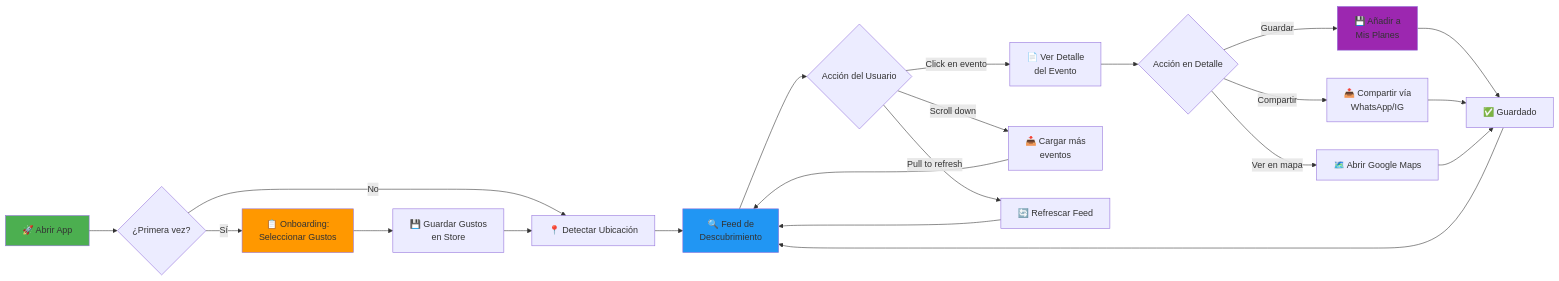
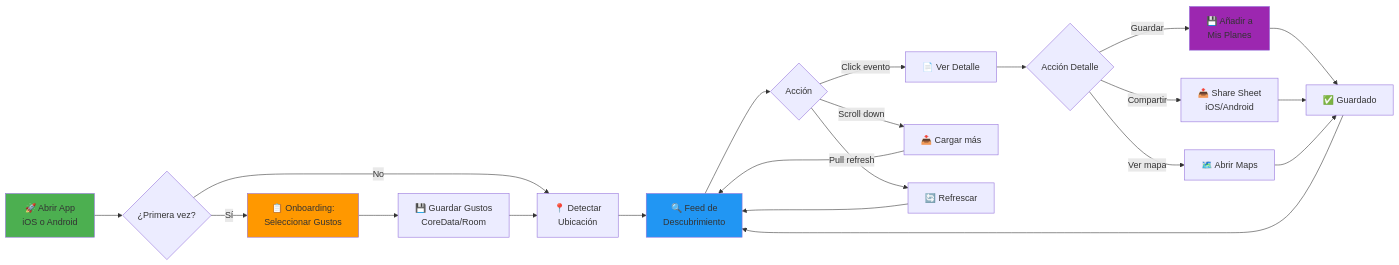
Before and after one commit to juansuarez-pragma/amigusto_doc: the third of 12 diagrams in DIAGRAMAS.md, drawn with Mermaid. The commit also changed other lines of this file and 2 other files, not shown here.

````diff
--- a/DIAGRAMAS.md
+++ b/DIAGRAMAS.md
@@ -110,37 +119,37 @@
 ```mermaid
 graph LR
-    A[🚀 Abrir App] --> B{¿Primera vez?}
+    A[🚀 Abrir App<br/>iOS o Android] --> B{¿Primera vez?}
 
     B -->|Sí| C[📋 Onboarding:<br/>Seleccionar Gustos]
-    B -->|No| E[📍 Detectar Ubicación]
+    B -->|No| E[📍 Detectar<br/>Ubicación]
 
-    C --> D[💾 Guardar Gustos<br/>en Store]
+    C --> D[💾 Guardar Gustos<br/>CoreData/Room]
     D --> E
 
     E --> F[🔍 Feed de<br/>Descubrimiento]
 
-    F --> G{Acción del Usuario}
+    F --> G{Acción}
 
-    G -->|Click en evento| H[📄 Ver Detalle<br/>del Evento]
-    G -->|Scroll down| I[📥 Cargar más<br/>eventos]
-    G -->|Pull to refresh| J[🔄 Refrescar Feed]
+    G -->|Click evento| H[📄 Ver Detalle]
+    G -->|Scroll down| I[📥 Cargar más]
+    G -->|Pull refresh| J[🔄 Refrescar]
 
-    H --> K{Acción en Detalle}
+    H --> K{Acción Detalle}
 
     K -->|Guardar| L[💾 Añadir a<br/>Mis Planes]
-    K -->|Compartir| M[📤 Compartir vía<br/>WhatsApp/IG]
-    K -->|Ver en mapa| N[🗺️ Abrir Google Maps]
+    K -->|Compartir| M[📤 Share Sheet<br/>iOS/Android]
+    K -->|Ver mapa| N[🗺️ Abrir Maps]
 
     L --> O[✅ Guardado]
     M --> O
     N --> O
 
     O --> F
     I --> F
     J --> F
 
     style A fill:#4CAF50
     style C fill:#FF9800
     style F fill:#2196F3
     style L fill:#9C27B0
 ```
````
